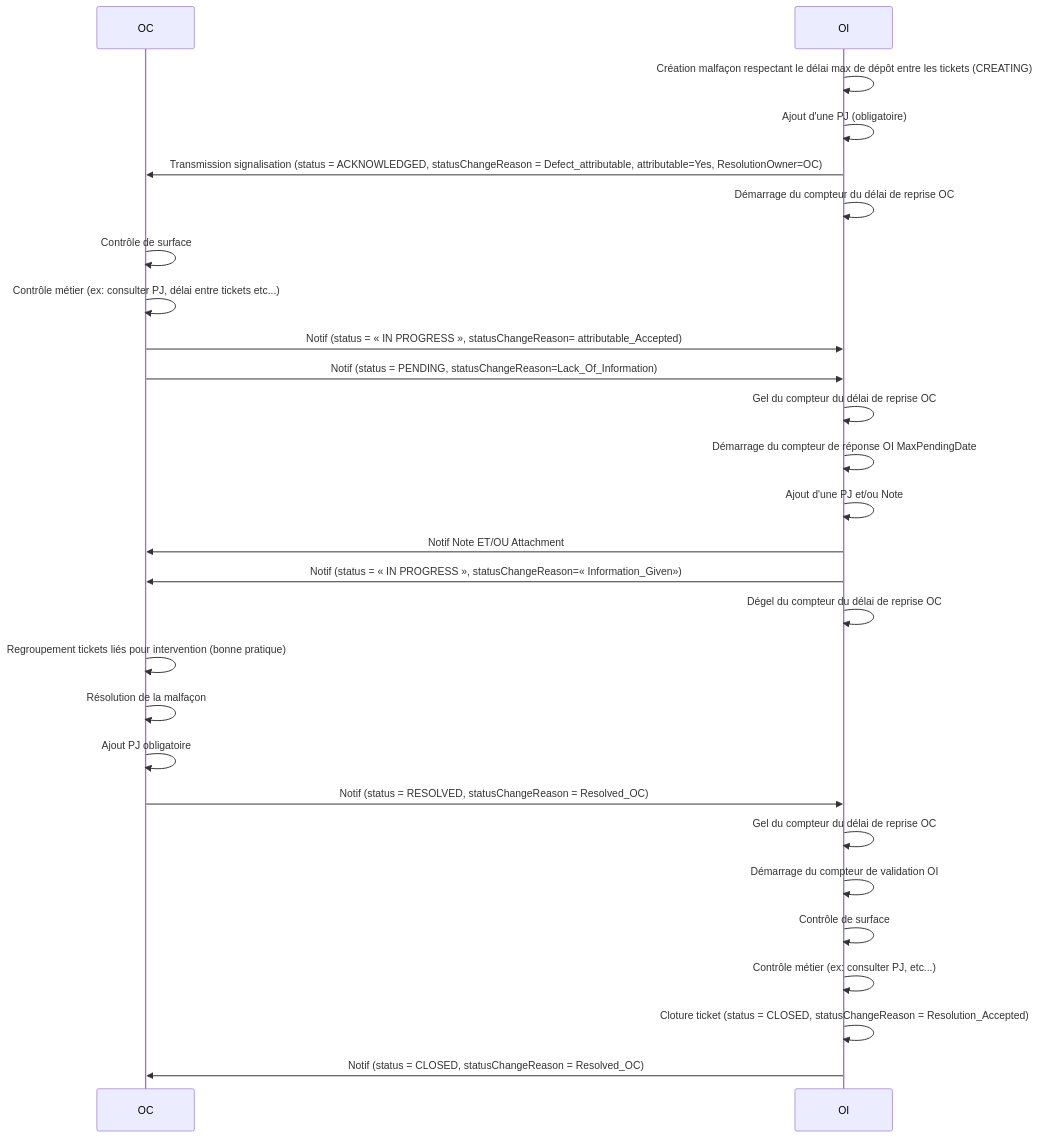
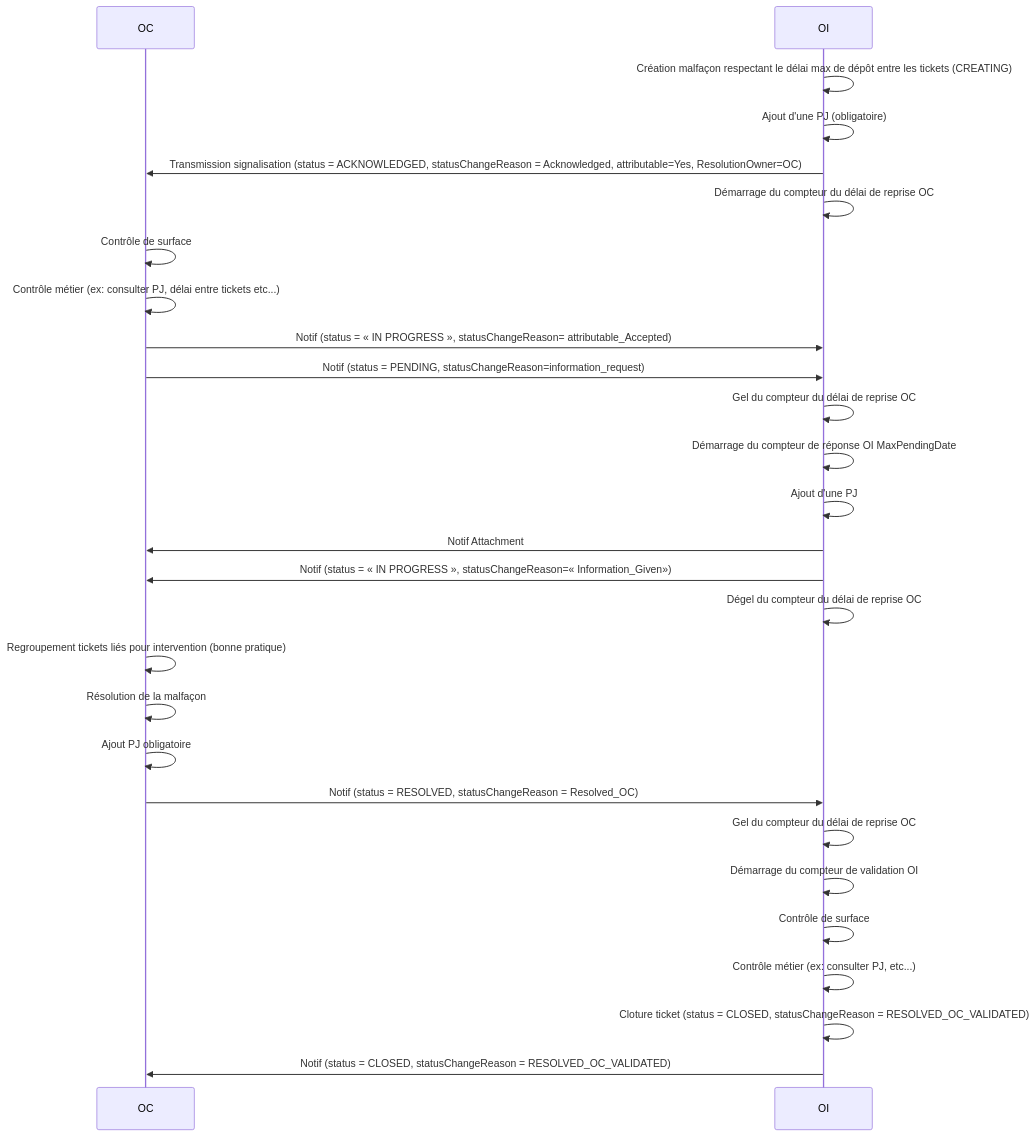
Before and after one commit to before-interop/malfacon: the fifth of 12 diagrams in README.md, drawn with Mermaid. The commit also changed other lines of this file, not shown here.

````diff
--- a/README.md
+++ b/README.md
@@ -432,31 +432,31 @@
 ```mermaid
 sequenceDiagram
 
   participant OC
   participant OI
 
   OI->>OI: Création malfaçon respectant le délai max de dépôt entre les tickets (CREATING)
   OI->>OI: Ajout d'une PJ (obligatoire)
-  OI->>OC: Transmission signalisation (status = ACKNOWLEDGED, statusChangeReason = Defect_attributable, attributable=Yes, ResolutionOwner=OC)
+  OI->>OC: Transmission signalisation (status = ACKNOWLEDGED, statusChangeReason = Acknowledged, attributable=Yes, ResolutionOwner=OC)
   OI->>OI: Démarrage du compteur du délai de reprise OC
   OC->>OC: Contrôle de surface
   OC->>OC: Contrôle métier (ex: consulter PJ, délai entre tickets etc...)
   OC->>OI: Notif (status = « IN PROGRESS », statusChangeReason= attributable_Accepted)
-  OC->>OI: Notif (status = PENDING, statusChangeReason=Lack_Of_Information)
+  OC->>OI: Notif (status = PENDING, statusChangeReason=information_request)
   OI->>OI: Gel du compteur du délai de reprise OC
   OI->>OI: Démarrage du compteur de réponse OI MaxPendingDate
-  OI->>OI: Ajout d'une PJ et/ou Note
-  OI->>OC: Notif Note ET/OU Attachment
+  OI->>OI: Ajout d'une PJ
+  OI->>OC: Notif Attachment
   OI->>OC: Notif (status = « IN PROGRESS », statusChangeReason=« Information_Given»)
   OI->>OI: Dégel du compteur du délai de reprise OC
   OC->>OC: Regroupement tickets liés pour intervention (bonne pratique)
   OC->>OC: Résolution de la malfaçon
   OC->>OC: Ajout PJ obligatoire
   OC->>OI: Notif (status = RESOLVED, statusChangeReason = Resolved_OC)
   OI->>OI: Gel du compteur du délai de reprise OC
   OI->>OI: Démarrage du compteur de validation OI
   OI->>OI: Contrôle de surface
   OI->>OI: Contrôle métier (ex: consulter PJ, etc...)
-  OI->>OI: Cloture ticket (status = CLOSED, statusChangeReason = Resolution_Accepted)
-  OI->>OC: Notif (status = CLOSED, statusChangeReason = Resolved_OC)
+  OI->>OI: Cloture ticket (status = CLOSED, statusChangeReason = RESOLVED_OC_VALIDATED)
+  OI->>OC: Notif (status = CLOSED, statusChangeReason = RESOLVED_OC_VALIDATED)
 ```
````
